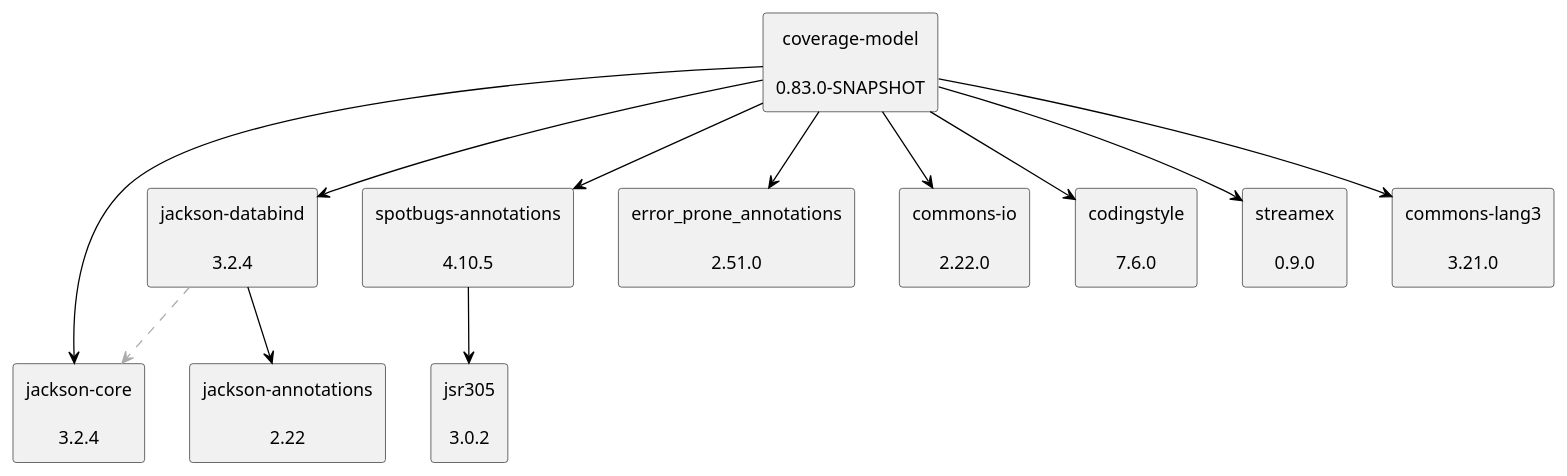
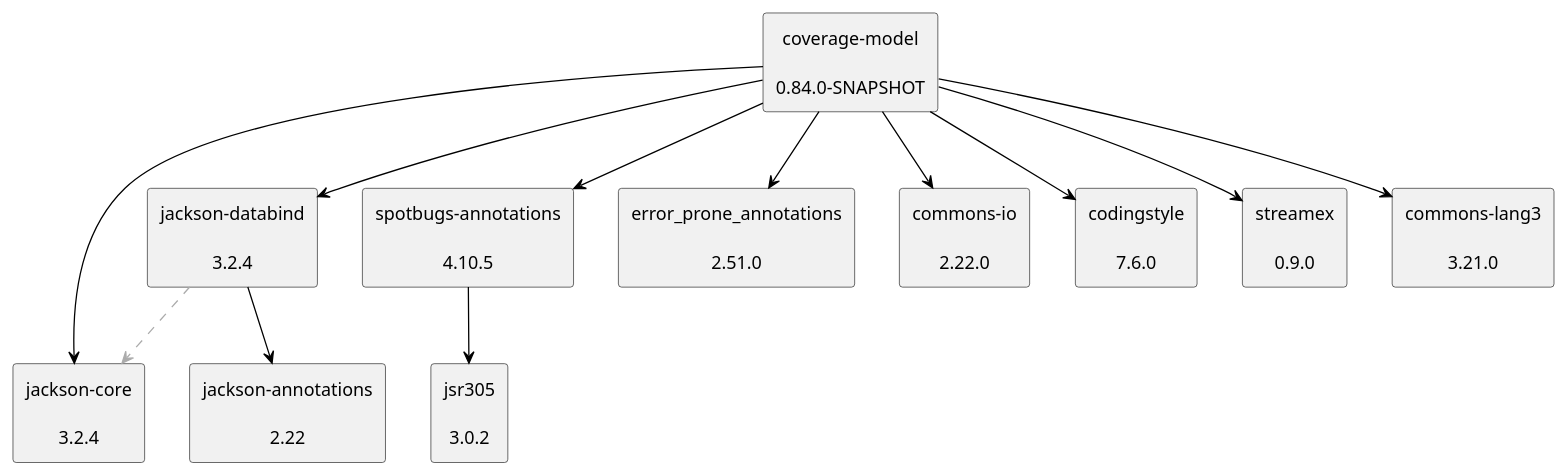
The diagram in doc/dependency-graph.puml (jenkinsci/coverage-model), drawn with PlantUML before and after one commit.

Commit message:
Update dependency graph to latest versions from POM

```diff
--- a/doc/dependency-graph.puml
+++ b/doc/dependency-graph.puml
@@ -1,31 +1,31 @@
 @startuml
 skinparam defaultTextAlignment center
 skinparam rectangle {
   BackgroundColor<<optional>> beige
   BackgroundColor<<test>> lightGreen
   BackgroundColor<<runtime>> lightBlue
   BackgroundColor<<provided>> lightGray
 }
-rectangle "coverage-model\n\n0.83.0-SNAPSHOT" as edu_hm_hafner_coverage_model_jar
+rectangle "coverage-model\n\n0.84.0-SNAPSHOT" as edu_hm_hafner_coverage_model_jar
 rectangle "jackson-core\n\n3.2.4" as tools_jackson_core_jackson_core_jar
 rectangle "jackson-databind\n\n3.2.4" as tools_jackson_core_jackson_databind_jar
 rectangle "jackson-annotations\n\n2.22" as com_fasterxml_jackson_core_jackson_annotations_jar
 rectangle "spotbugs-annotations\n\n4.10.5" as com_github_spotbugs_spotbugs_annotations_jar
 rectangle "jsr305\n\n3.0.2" as com_google_code_findbugs_jsr305_jar
 rectangle "error_prone_annotations\n\n2.51.0" as com_google_errorprone_error_prone_annotations_jar
 rectangle "commons-io\n\n2.22.0" as commons_io_commons_io_jar
 rectangle "codingstyle\n\n7.6.0" as edu_hm_hafner_codingstyle_jar
 rectangle "streamex\n\n0.9.0" as one_util_streamex_jar
 rectangle "commons-lang3\n\n3.21.0" as org_apache_commons_commons_lang3_jar
 edu_hm_hafner_coverage_model_jar -[#000000]-> tools_jackson_core_jackson_core_jar
 tools_jackson_core_jackson_databind_jar -[#000000]-> com_fasterxml_jackson_core_jackson_annotations_jar
 tools_jackson_core_jackson_databind_jar .[#ABABAB].> tools_jackson_core_jackson_core_jar
 edu_hm_hafner_coverage_model_jar -[#000000]-> tools_jackson_core_jackson_databind_jar
 com_github_spotbugs_spotbugs_annotations_jar -[#000000]-> com_google_code_findbugs_jsr305_jar
 edu_hm_hafner_coverage_model_jar -[#000000]-> com_github_spotbugs_spotbugs_annotations_jar
 edu_hm_hafner_coverage_model_jar -[#000000]-> com_google_errorprone_error_prone_annotations_jar
 edu_hm_hafner_coverage_model_jar -[#000000]-> commons_io_commons_io_jar
 edu_hm_hafner_coverage_model_jar -[#000000]-> edu_hm_hafner_codingstyle_jar
 edu_hm_hafner_coverage_model_jar -[#000000]-> one_util_streamex_jar
 edu_hm_hafner_coverage_model_jar -[#000000]-> org_apache_commons_commons_lang3_jar
 @enduml
```
